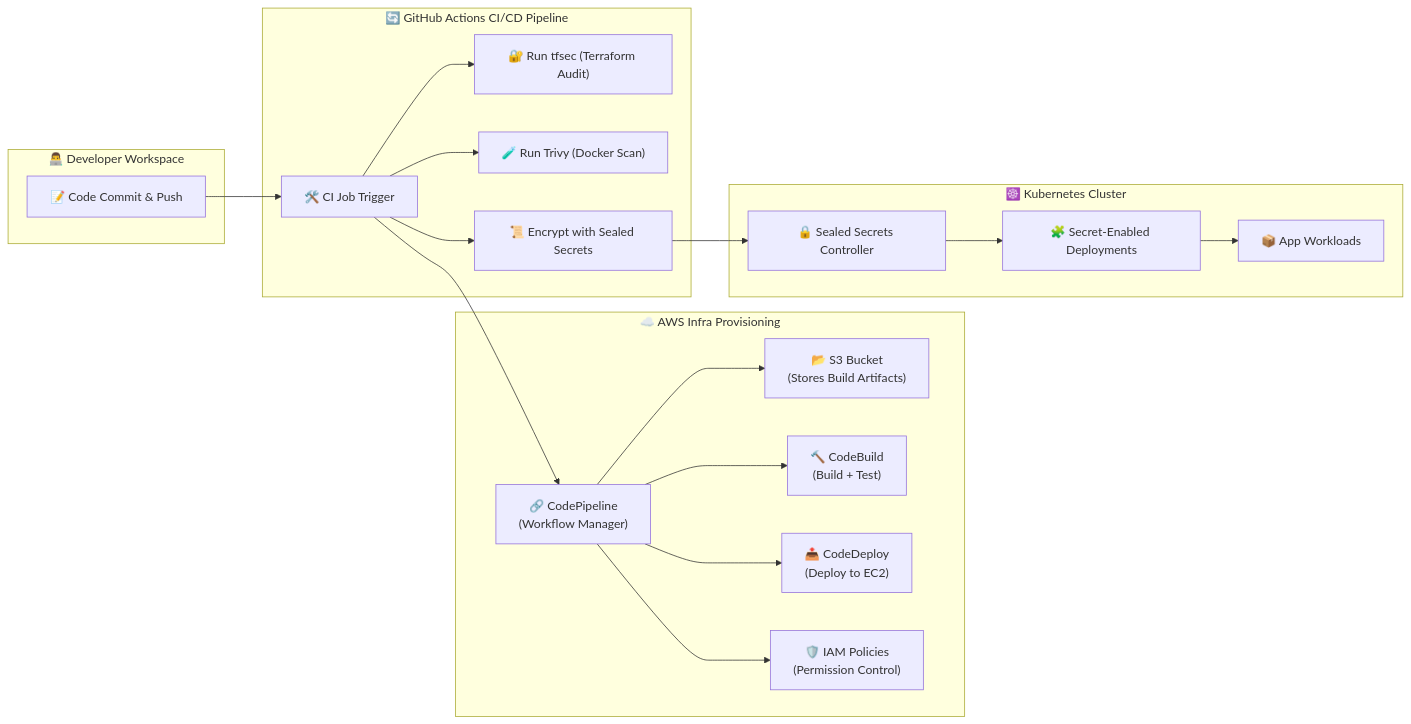
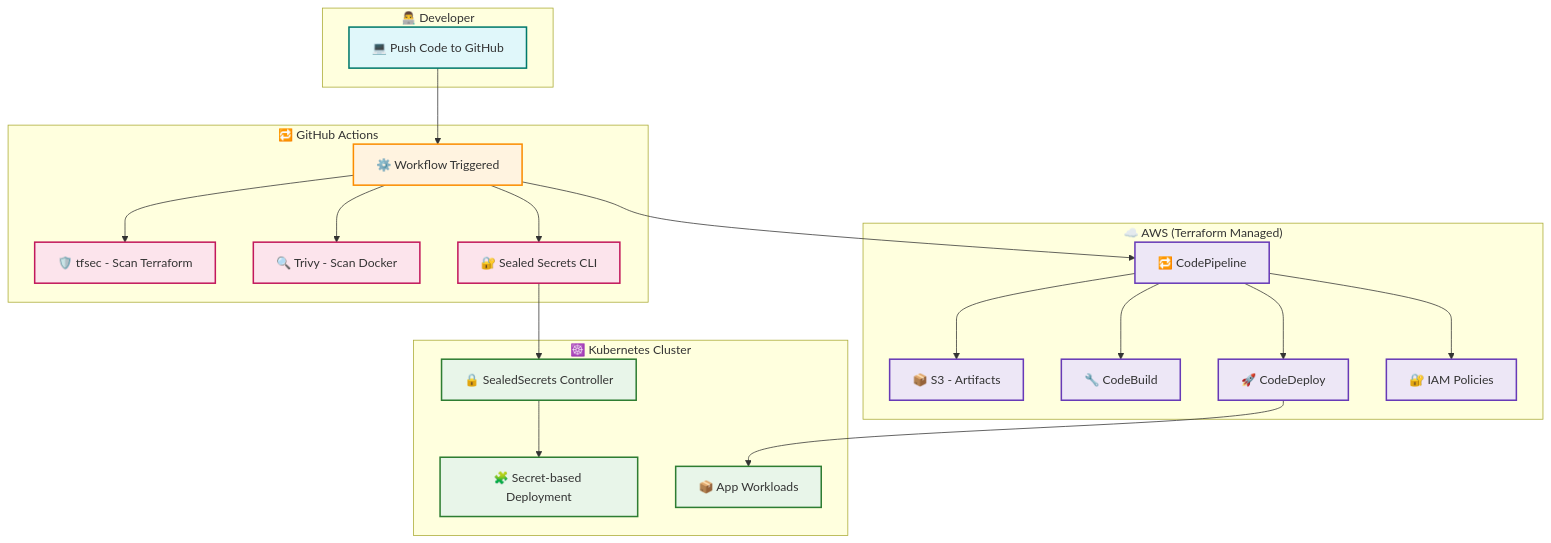
Before and after one commit to sambit-sys/DevOps-Project: the diagram in README.md, drawn with Mermaid.

Commit message:
Final Commit

````diff
--- a/README.md
+++ b/README.md
@@ -18,49 +18,63 @@
 ```mermaid
-flowchart LR
-  %% Direction left to right
-  direction LR
+flowchart TB
+  %% Theme styling
+  classDef dev fill:#e0f7fa,stroke:#00796b,stroke-width:2px;
+  classDef ci fill:#fff3e0,stroke:#fb8c00,stroke-width:2px;
+  classDef aws fill:#ede7f6,stroke:#673ab7,stroke-width:2px;
+  classDef k8s fill:#e8f5e9,stroke:#2e7d32,stroke-width:2px;
+  classDef secure fill:#fce4ec,stroke:#c2185b,stroke-width:2px;
 
-  %% Developer Side
-  subgraph Dev["👨‍💻 Developer Workspace"]
-    A1["📝 Code Commit & Push"]
+  %% Developer
+  subgraph DEV["👨‍💻 Developer"]
+    A1["💻 Push Code to GitHub"]:::dev
   end
 
-  %% GitHub CI/CD Flow
-  subgraph CI["🔄 GitHub Actions CI/CD Pipeline"]
-    B1["🛠️ CI Job Trigger"]
-    B2["🔐 Run tfsec (Terraform Audit)"]
-    B3["🧪 Run Trivy (Docker Scan)"]
-    B4["📜 Encrypt with Sealed Secrets"]
+  %% CI/CD Flow
+  subgraph CICD["🔁 GitHub Actions"]
+    B1["⚙️ Workflow Triggered"]:::ci
+    B2["🛡️ tfsec - Scan Terraform"]:::secure
+    B3["🔍 Trivy - Scan Docker"]:::secure
+    B4["🔐 Sealed Secrets CLI"]:::secure
   end
 
-  %% Terraform Infra on AWS
-  subgraph Cloud["☁️ AWS Infra Provisioning"]
-    C1["📂 S3 Bucket\n(Stores Build Artifacts)"]
-    C2["🔨 CodeBuild\n(Build + Test)"]
-    C3["📤 CodeDeploy\n(Deploy to EC2)"]
-    C4["🔗 CodePipeline\n(Workflow Manager)"]
-    C5["🛡️ IAM Policies\n(Permission Control)"]
+  %% AWS Infra
+  subgraph AWS["☁️ AWS (Terraform Managed)"]
+    C1["📦 S3 - Artifacts"]:::aws
+    C2["🔧 CodeBuild"]:::aws
+    C3["🚀 CodeDeploy"]:::aws
+    C4["🔁 CodePipeline"]:::aws
+    C5["🔐 IAM Policies"]:::aws
   end
 
-  %% Kubernetes
-  subgraph Kube["☸️ Kubernetes Cluster"]
-    D1["🔒 Sealed Secrets Controller"]
-    D2["🧩 Secret-Enabled Deployments"]
-    D3["📦 App Workloads"]
+  %% Kubernetes Cluster
+  subgraph K8S["☸️ Kubernetes Cluster"]
+    D1["🔒 SealedSecrets Controller"]:::k8s
+    D2["🧩 Secret-based Deployment"]:::k8s
+    D3["📦 App Workloads"]:::k8s
   end
 
-  %% Flow Connections
+  %% Flow
   A1 --> B1
   B1 --> B2
   B1 --> B3
   B1 --> B4
-  B4 --> D1
-  D1 --> D2
-  D2 --> D3
+  B1 --> C4
 
-  B1 --> C4
   C4 --> C1
   C4 --> C2
   C4 --> C3
   C4 --> C5
+
+  B4 --> D1
+  D1 --> D2
+  C3 --> D3
+
+  %% Clickable nodes
+  click B2 "https://aquasecurity.github.io/tfsec/" _blank
+  click B3 "https://aquasecurity.github.io/trivy/" _blank
+  click B4 "https://github.com/bitnami-labs/sealed-secrets" _blank
+  click C2 "https://docs.aws.amazon.com/codebuild/latest/userguide/welcome.html" _blank
+  click C3 "https://docs.aws.amazon.com/codedeploy/latest/userguide/welcome.html" _blank
+  click C4 "https://docs.aws.amazon.com/codepipeline/latest/userguide/welcome.html" _blank
+  click D1 "https://github.com/bitnami-labs/sealed-secrets" _blank
 ```
````
